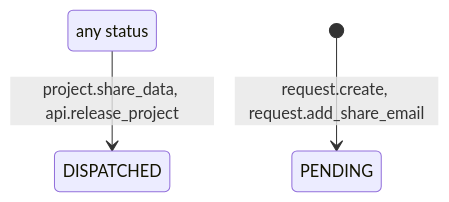
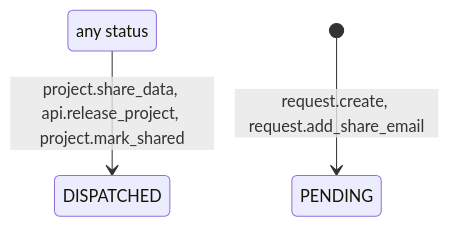
Before and after one commit to lutrarutra/opengsync-app: the ninth of 9 diagrams in docs/state-transitions.md, drawn with Mermaid. The commit also changed other lines of this file and 5 other files, not shown here.

First line of the commit message:
Mark project data shared without sending it again

````diff
--- a/docs/state-transitions.md
+++ b/docs/state-transitions.md
@@ -514,6 +514,6 @@
 ```mermaid
 stateDiagram-v2
     state "any status" as any
     [*] --> PENDING : request.create, request.add_share_email
-    any --> DISPATCHED : project.share_data, api.release_project
+    any --> DISPATCHED : project.share_data, api.release_project, project.mark_shared
 ```
````
